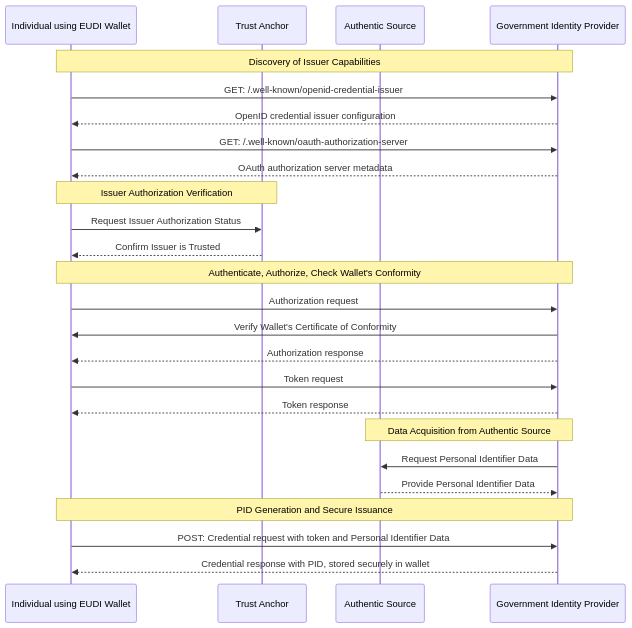
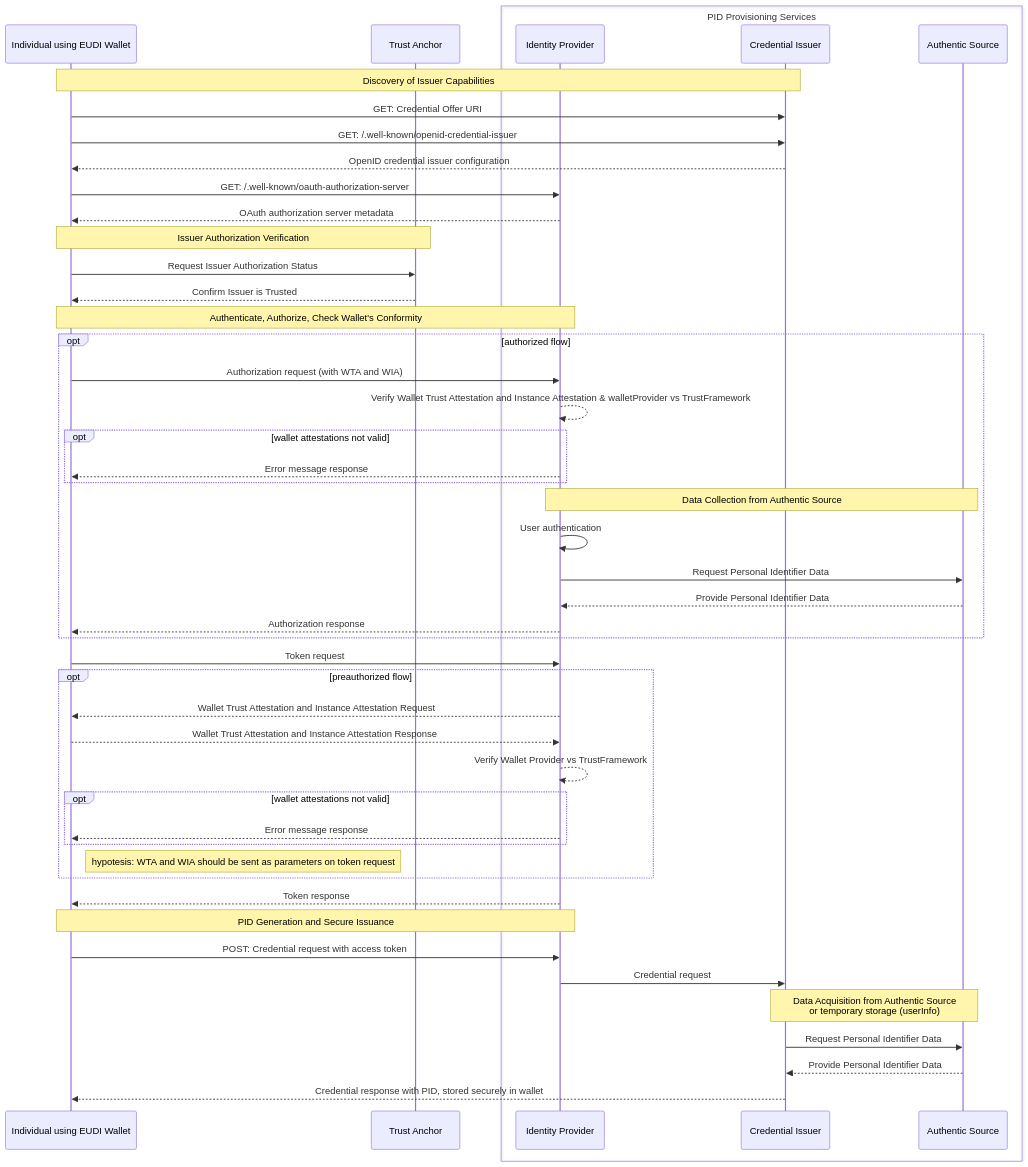
Before and after one commit to EWC-consortium/eudi-wallet-rfcs: the diagram in ewc-rfc003-issue-person-identification-data.md, drawn with Mermaid. The commit also changed other lines of this file, not shown here.

Commit message:
Update 2.0 ewc-rfc003-issue-person-identification-data.md

````diff
--- a/ewc-rfc003-issue-person-identification-data.md
+++ b/ewc-rfc003-issue-person-identification-data.md
@@ -67,34 +68,59 @@
 ```mermaid
   sequenceDiagram
     participant I as Individual using EUDI Wallet
     participant TA as Trust Anchor
+    box PID Provisioning Services
+    participant O as Identity Provider
+    participant CI as Credential Issuer
     participant AS as Authentic Source
-    participant O as Government Identity Provider
+    end
     
-    Note over I,O: Discovery of Issuer Capabilities 
-    I->>O: GET: /.well-known/openid-credential-issuer
-    O-->>I: OpenID credential issuer configuration
-    I->>O: GET: /.well-known/oauth-authorization-server
+    Note over I,CI: Discovery of Issuer Capabilities 
+      
+    I->>CI: GET: Credential Offer URI
+    I->> CI: GET: /.well-known/openid-credential-issuer
+    CI-->> I: OpenID credential issuer configuration
+    I->> O: GET: /.well-known/oauth-authorization-server
     O-->>I: OAuth authorization server metadata
         
     Note over I,TA: Issuer Authorization Verification
     I->>TA: Request Issuer Authorization Status
     TA-->>I: Confirm Issuer is Trusted
     
     Note over I,O: Authenticate, Authorize, Check Wallet's Conformity
-    I->>O: Authorization request
-    O->>I: Verify Wallet's Certificate of Conformity
-    O-->>I: Authorization response 
-    I->>O: Token request
-    O-->>I: Token response
-    
-    Note over O,AS: Data Acquisition from Authentic Source
+    opt authorized flow
+    I->>O: Authorization request (with WTA and WIA)
+    O-->>O: Verify Wallet Trust Attestation and Instance Attestation & walletProvider vs TrustFramework 
+    opt wallet attestations not valid
+    O-->>I: Error message response
+    end
+    Note over O,AS: Data Collection from Authentic Source
+    O->>O: User authentication
     O->>AS: Request Personal Identifier Data
     AS-->>O: Provide Personal Identifier Data
-
+        O-->>I: Authorization response 
+    end
     
+    I->>O: Token request
+    opt preauthorized flow
+    O-->>I: Wallet Trust Attestation and Instance Attestation Request
+    I-->>O: Wallet Trust Attestation and Instance Attestation Response
+    O-->>O: Verify Wallet Provider vs TrustFramework 
+    opt wallet attestations not valid
+    O-->>I: Error message response
+    end
+    
+    Note right of I: hypotesis: WTA and WIA should be sent as parameters on token request
+    end
+    O-->>I: Token response
+            
     Note over I,O: PID Generation and Secure Issuance
-    I->>O: POST: Credential request with token and Personal Identifier Data
-    O-->>I: Credential response with PID, stored securely in wallet
+    I->>O: POST: Credential request with access token
+    O->>CI: Credential request
+    Note over CI,AS: Data Acquisition from Authentic Source <BR> or temporary storage (userInfo)
+    CI->>AS: Request Personal Identifier Data
+    AS-->>CI: Provide Personal Identifier Data
+    
+    CI-->>I: Credential response with PID, stored securely in wallet
 
 ```
````
